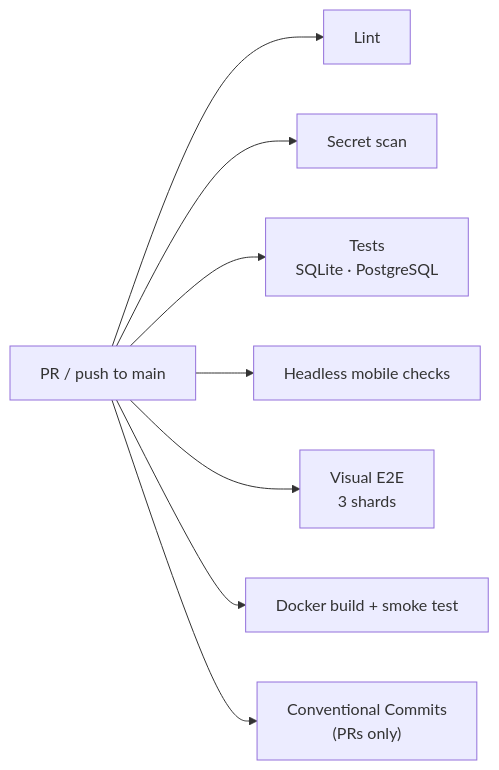
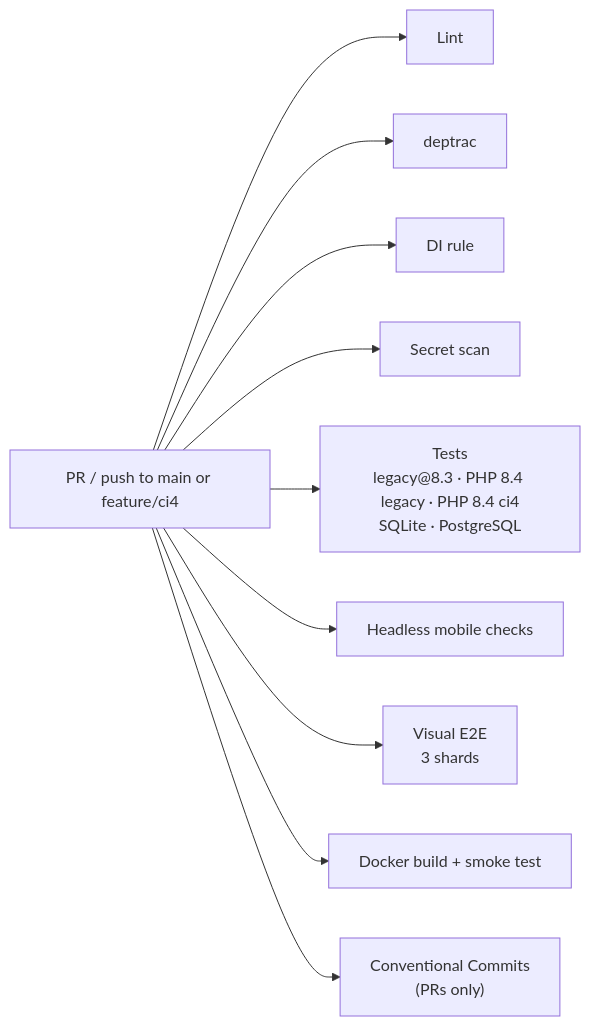
One commit to thordin9/apotheke changed the diagram in docs/ci.md. Above: the diagram before and after it, drawn with Mermaid. The commit also changed other lines of this file and 14 other files, not shown here.

First line of the commit message:
ci(ci4): wire feature/ci4 and the PHP 8.4 matrix

````diff
--- a/docs/ci.md
+++ b/docs/ci.md
@@ -10,10 +12,12 @@
 ```mermaid
 flowchart LR
-  push["PR / push to main"] --> lint["Lint"]
+  push["PR / push to main or feature/ci4"] --> lint["Lint"]
+  push --> deptrac["deptrac"]
+  push --> di["DI rule"]
   push --> secrets["Secret scan"]
-  push --> test["Tests<br/>SQLite · PostgreSQL"]
+  push --> test["Tests<br/>legacy@8.3 · PHP 8.4 legacy · PHP 8.4 ci4<br/>SQLite · PostgreSQL"]
   push --> mobile["Headless mobile checks"]
   push --> e2e["Visual E2E<br/>3 shards"]
   push --> docker["Docker build + smoke test"]
   push --> commits["Conventional Commits<br/>(PRs only)"]
 ```
````
